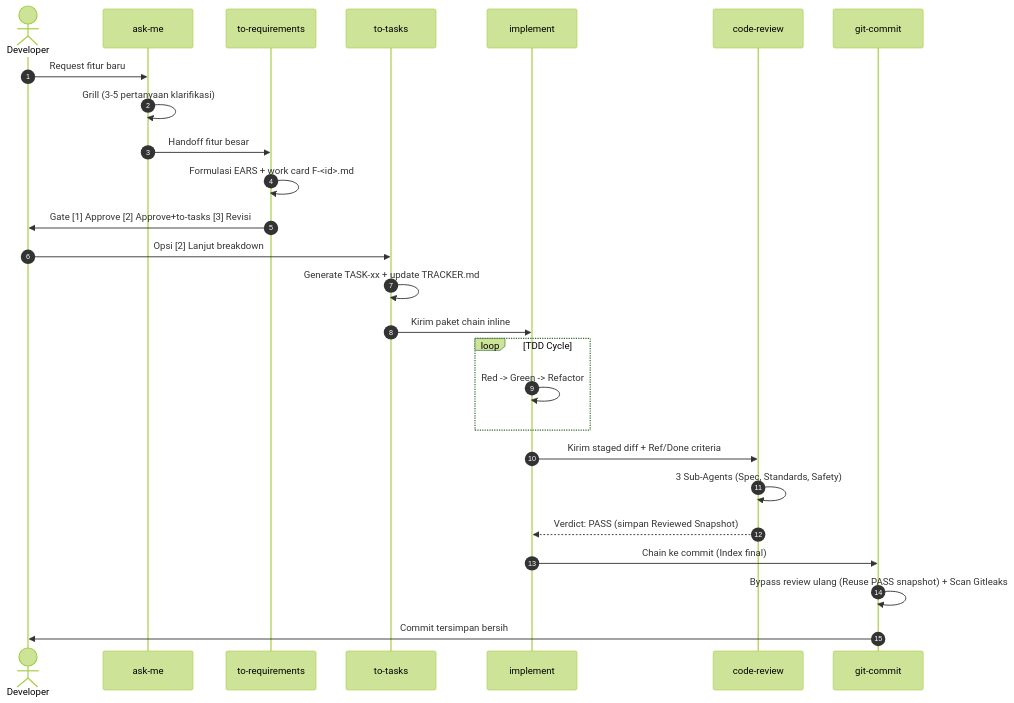
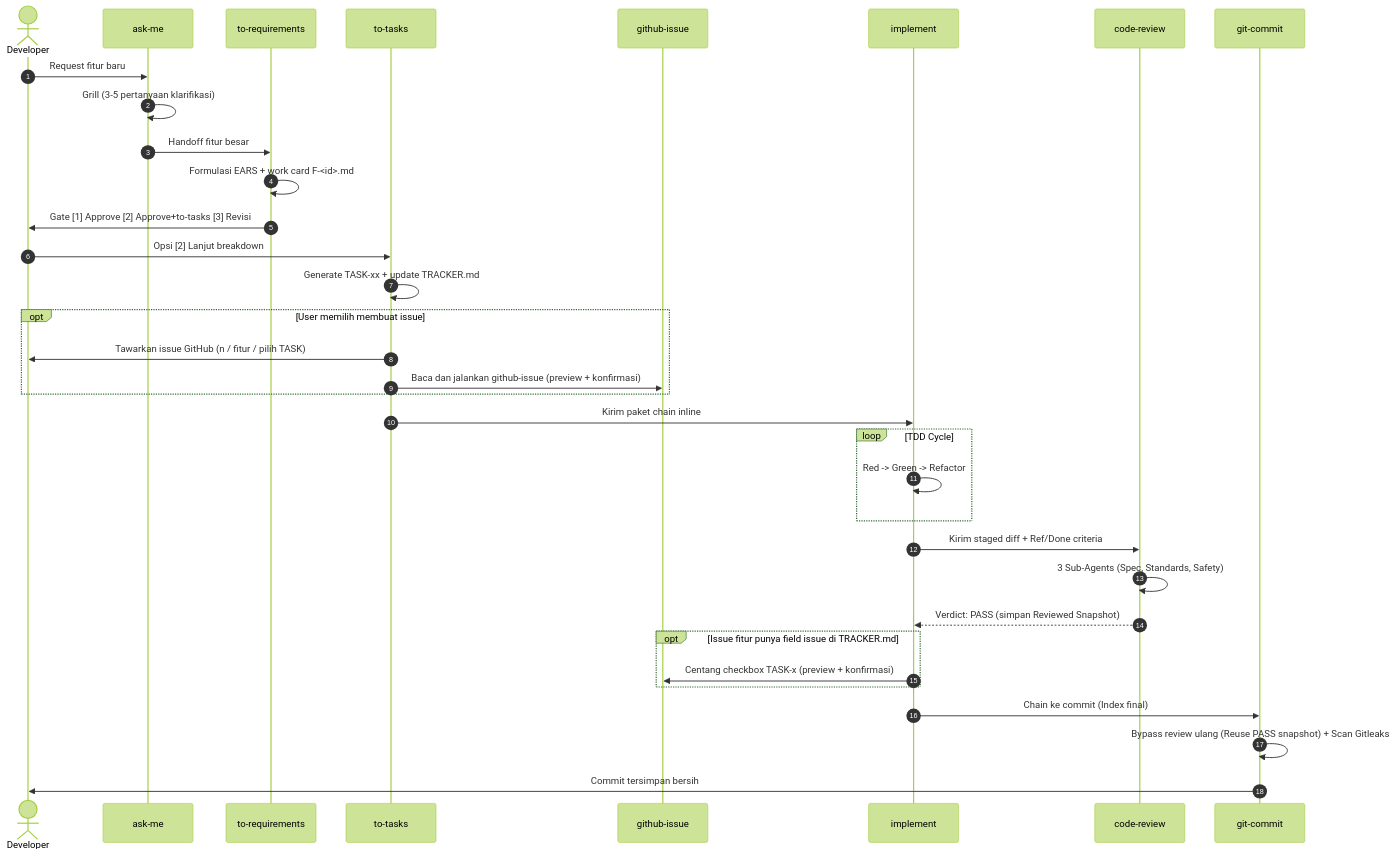
The second of 4 diagrams in README.md (Divarizky/dev-workflow-skills), drawn with Mermaid (forest theme) before and after one commit. The commit also changed other lines of this file and 6 other files, not shown here.

First line of the commit message:
feat(skills/dev): link github-issue to to-tasks and sync issue checkboxes

````diff
--- a/README.md
+++ b/README.md
@@ -108,29 +110,37 @@
 ```mermaid
 sequenceDiagram
     autonumber
     actor Dev as Developer
     participant Ask as ask-me
     participant Req as to-requirements
     participant Task as to-tasks
+    participant GHI as github-issue
     participant Imp as implement
     participant Rev as code-review
     participant Git as git-commit
 
     Dev->>Ask: Request fitur baru
     Ask->>Ask: Grill (3-5 pertanyaan klarifikasi)
     Ask->>Req: Handoff fitur besar
     Req->>Req: Formulasi EARS + work card F-<id>.md
     Req->>Dev: Gate [1] Approve [2] Approve+to-tasks [3] Revisi
     Dev->>Task: Opsi [2] Lanjut breakdown
     Task->>Task: Generate TASK-xx + update TRACKER.md
+    opt User memilih membuat issue
+        Task->>Dev: Tawarkan issue GitHub (n / fitur / pilih TASK)
+        Task->>GHI: Baca dan jalankan github-issue (preview + konfirmasi)
+    end
     Task->>Imp: Kirim paket chain inline
     loop TDD Cycle
         Imp->>Imp: Red -> Green -> Refactor
     end
     Imp->>Rev: Kirim staged diff + Ref/Done criteria
     Rev->>Rev: 3 Sub-Agents (Spec, Standards, Safety)
     Rev-->>Imp: Verdict: PASS (simpan Reviewed Snapshot)
+    opt Issue fitur punya field issue di TRACKER.md
+        Imp->>GHI: Centang checkbox TASK-x (preview + konfirmasi)
+    end
     Imp->>Git: Chain ke commit (Index final)
     Git->>Git: Bypass review ulang (Reuse PASS snapshot) + Scan Gitleaks
     Git->>Dev: Commit tersimpan bersih
 ```
````
